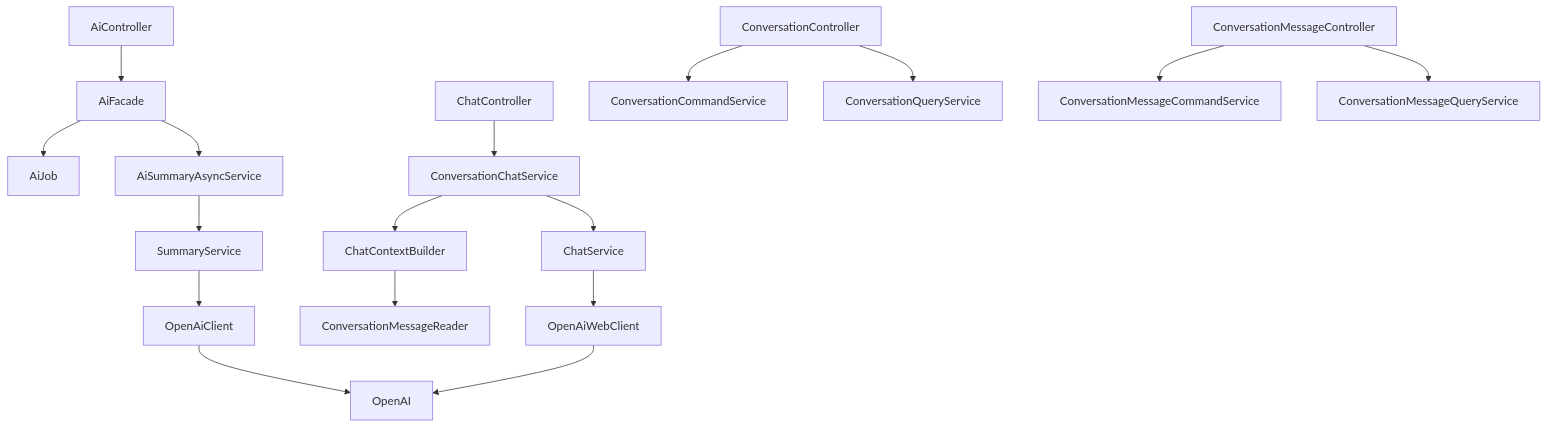
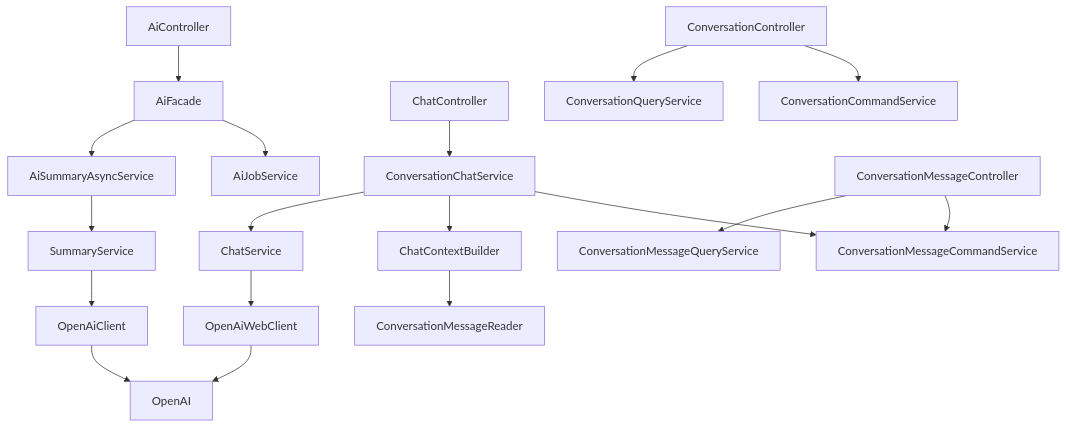
Before and after one commit to keunoh/feldbuch: the third of 5 diagrams in docs/FELDBUCH_DEVELOPMENT_DOCUMENTATION.md, drawn with Mermaid. The commit also changed other lines of this file and 1 other file, not shown here.

````diff
--- a/docs/FELDBUCH_DEVELOPMENT_DOCUMENTATION.md
+++ b/docs/FELDBUCH_DEVELOPMENT_DOCUMENTATION.md
@@ -432,21 +178,22 @@
 ```mermaid
 flowchart TD
     AiController --> AiFacade
-    AiFacade --> AiJob
+    AiFacade --> AiJobService
     AiFacade --> AiSummaryAsyncService
     AiSummaryAsyncService --> SummaryService
     SummaryService --> OpenAiClient
     OpenAiClient --> OpenAI
 
     ChatController --> ConversationChatService
+    ConversationChatService --> ConversationMessageCommandService
     ConversationChatService --> ChatContextBuilder
+    ConversationChatService --> ChatService
     ChatContextBuilder --> ConversationMessageReader
-    ConversationChatService --> ChatService
     ChatService --> OpenAiWebClient
     OpenAiWebClient --> OpenAI
 
     ConversationController --> ConversationCommandService
     ConversationController --> ConversationQueryService
     ConversationMessageController --> ConversationMessageCommandService
     ConversationMessageController --> ConversationMessageQueryService
 ```
````
